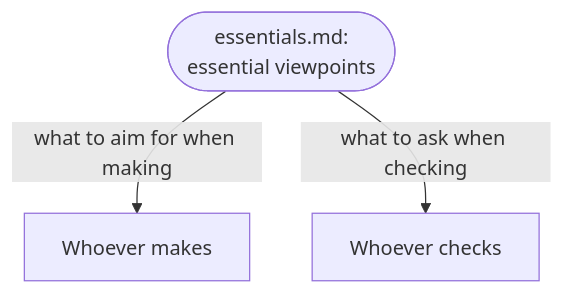
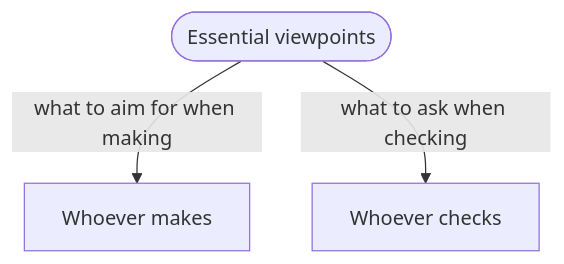
One commit to lovaizu/ccpm changed the third of 5 diagrams in rn/docs/design.md. Above: the diagram before and after it, drawn with Mermaid. The commit also changed other lines of this file and 1 other file, not shown here.

````diff
--- a/rn/docs/design.md
+++ b/rn/docs/design.md
@@ -122,8 +126,8 @@
 ```mermaid
 flowchart TD
-    E(["essentials.md:<br/>essential viewpoints"])
+    E(["Essential viewpoints"])
     M["Whoever makes"]
     V["Whoever checks"]
     E -->|"what to aim for when making"| M
     E -->|"what to ask when checking"| V
 ```
````
